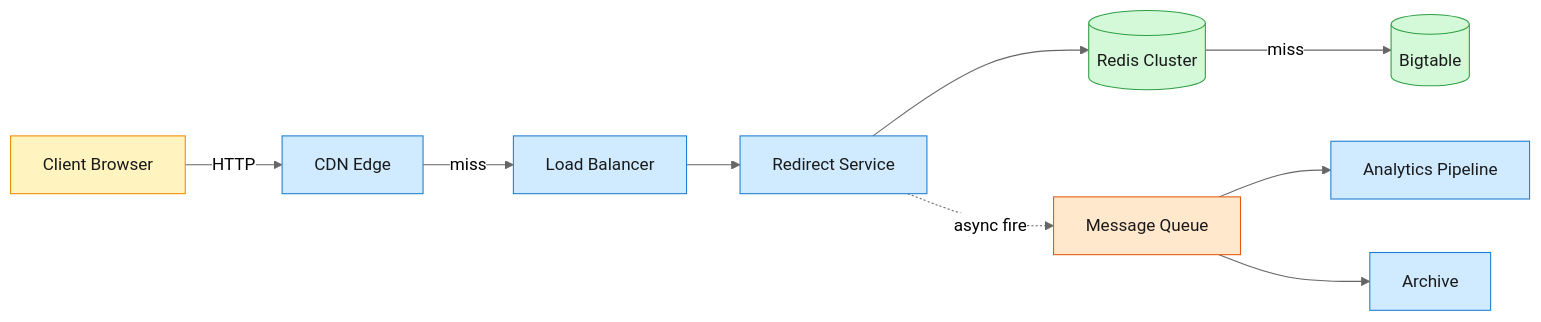
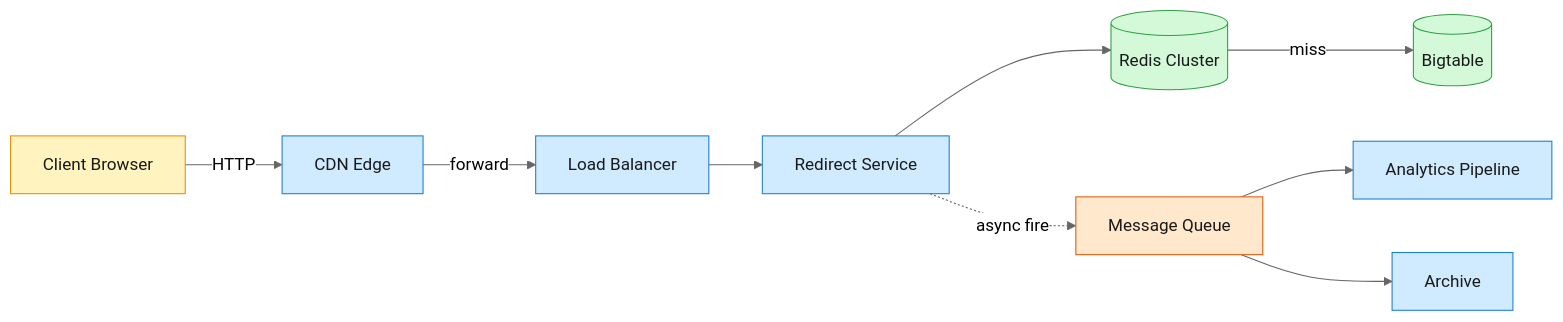
The first of 2 diagrams in _posts/2026-06-29-system-design-bitly.md (iliazlobin/iliazlobin.github.io), drawn with Mermaid (neutral theme) before and after one commit. The commit also changed other lines of this file, not shown here.

````diff
--- a/_posts/2026-06-29-system-design-bitly.md
+++ b/_posts/2026-06-29-system-design-bitly.md
@@ -18,22 +18,22 @@
 ```mermaid
 graph LR
     Client[Client Browser] -->|HTTP| CDN[CDN Edge]
-    CDN -->|miss| LB[Load Balancer]
+    CDN -->|forward| LB[Load Balancer]
     LB --> Redirect[Redirect Service]
     Redirect --> Cache[(Redis Cluster)]
     Cache -->|miss| Store[(Bigtable)]
     Redirect -.->|async fire| MQ[Message Queue]
     MQ --> Analytics[Analytics Pipeline]
     MQ --> Archive[Archive]
 
     classDef edge fill:#fff3bf,stroke:#f08c00,color:#1a1a1a;
     classDef svc fill:#d0ebff,stroke:#1c7ed6,color:#1a1a1a;
     classDef store fill:#d3f9d8,stroke:#2f9e44,color:#1a1a1a;
     classDef async fill:#ffe8cc,stroke:#e8590c,color:#1a1a1a;
 
     class Client edge;
     class CDN,LB,Redirect,Analytics,Archive svc;
     class Cache,Store store;
     class MQ async;
 
 ```
````
